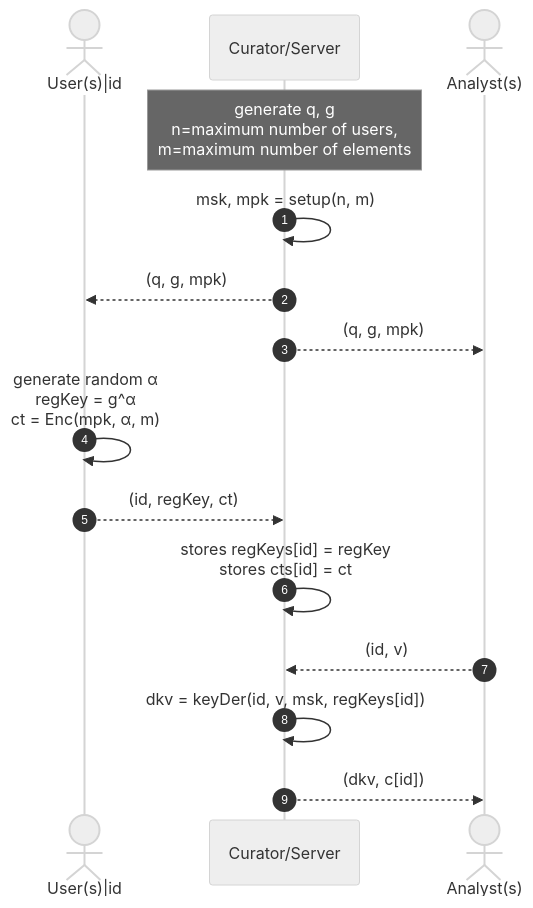
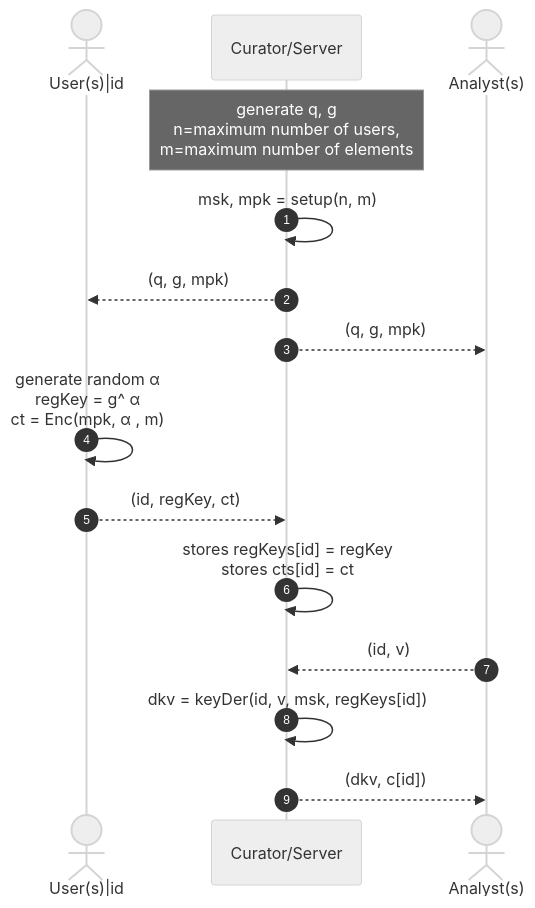
Before and after one commit to harpocrates-project/SPADE: the diagram in README.md, drawn with Mermaid (neutral theme). The commit also changed other lines of this file, not shown here.

````diff
--- a/README.md
+++ b/README.md
@@ -31,24 +31,20 @@
 ```mermaid
 sequenceDiagram
     autonumber
     actor u as User(s)|id
     participant c as Curator/Server
     actor a as Analyst(s)
-    %% start the protocol 
+%% start the protocol 
     note over c: generate q, g <br> n=maximum number of users, <br> m=maximum number of elements
-
     c ->> c: msk, mpk = setup(n, m)
     c -->> u: (q, g, mpk)
     c -->> a: (q, g, mpk)
-
-    u ->> u: generate random #alpha; <br> regKey = g^#alpha; <br> ct = Enc(mpk, #alpha;, m)
+    u ->> u: generate random #alpha; <br> regKey = g^ #alpha; <br> ct = Enc(mpk, #alpha; , m)
     u -->> c: (id, regKey, ct)
-
     c ->> c: stores regKeys[id] = regKey <br> stores cts[id] = ct
-
-    %% analyst query
+%% analyst query
     a -->> c: (id, v)
     c ->> c: dkv = keyDer(id, v, msk, regKeys[id])
     c -->> a: (dkv, c[id])
-    %% end of protocol
+%% end of protocol
 ```
````
